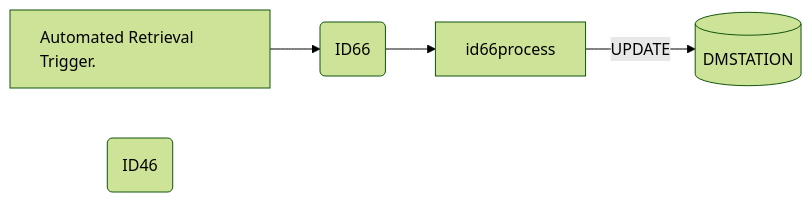
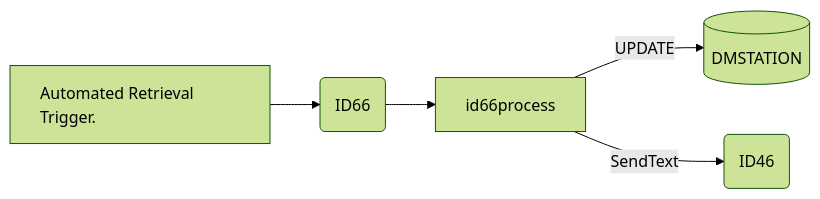
One commit to luthfiadityaa/SimeDarby-Wiki changed the fourth of 15 diagrams in Basic-Design/DFD-WMS/Retrieval/Stacked-Empty-Pallet.md. Above: the diagram before and after it, drawn with Mermaid (forest theme).

Commit message:
Updated Stacked Empty Pallet

```diff
--- a/Basic-Design/DFD-WMS/Retrieval/Stacked-Empty-Pallet.md
+++ b/Basic-Design/DFD-WMS/Retrieval/Stacked-Empty-Pallet.md
@@ -84,22 +84,23 @@
 ::: mermaid
 flowchart LR
     input[
         Automated Retrieval Trigger.      
     ]
 
     id66msg("
      ID66
     ")
     tableList-update[("
         DMSTATION
     ")]
 
     id46msg("
      ID46
     ")
 
     input -->id66msg-->id66process--> |UPDATE| tableList-update
+    id66process--> |SendText| id46msg
 
     classDef leftAlign text-align:left;
     class input leftAlign;
 :::
```
